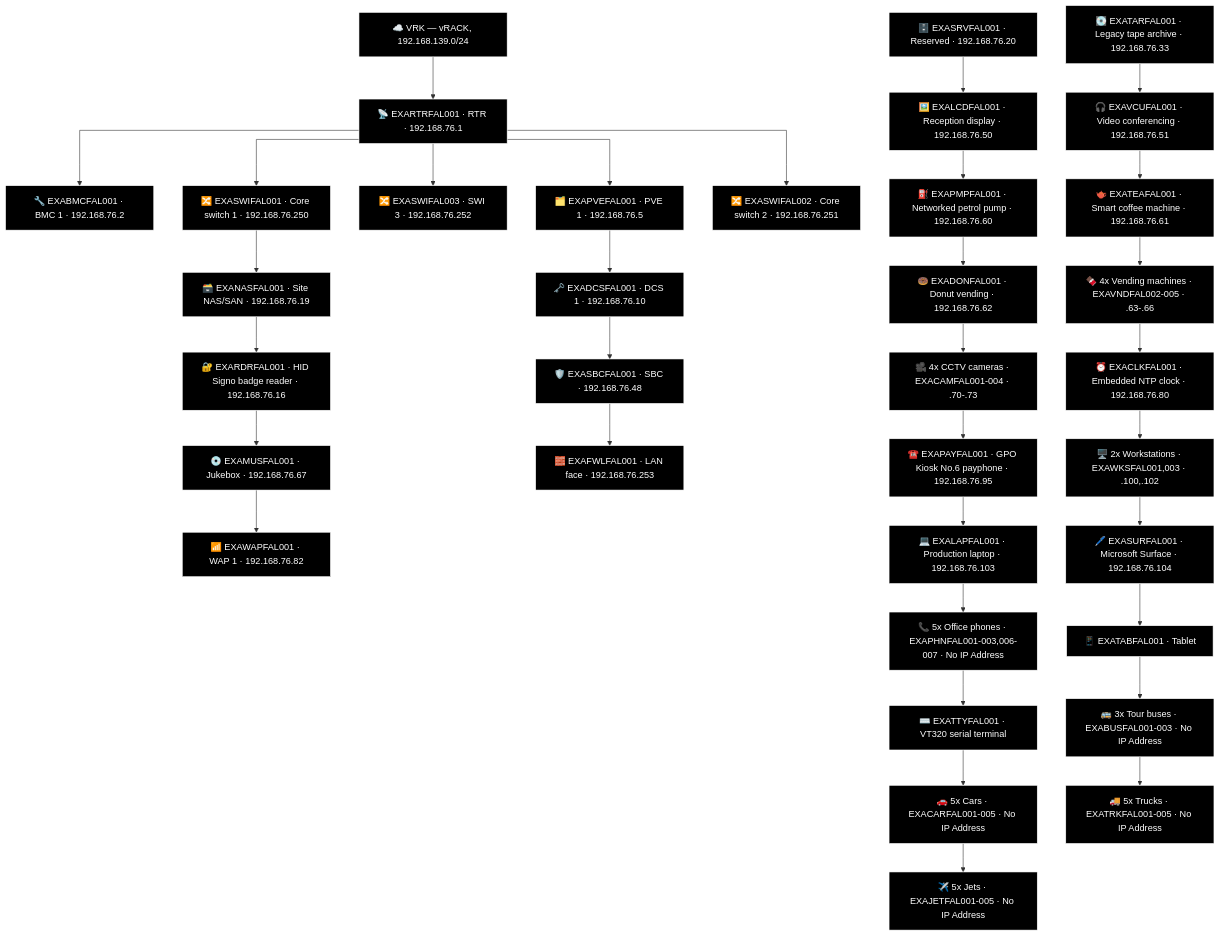
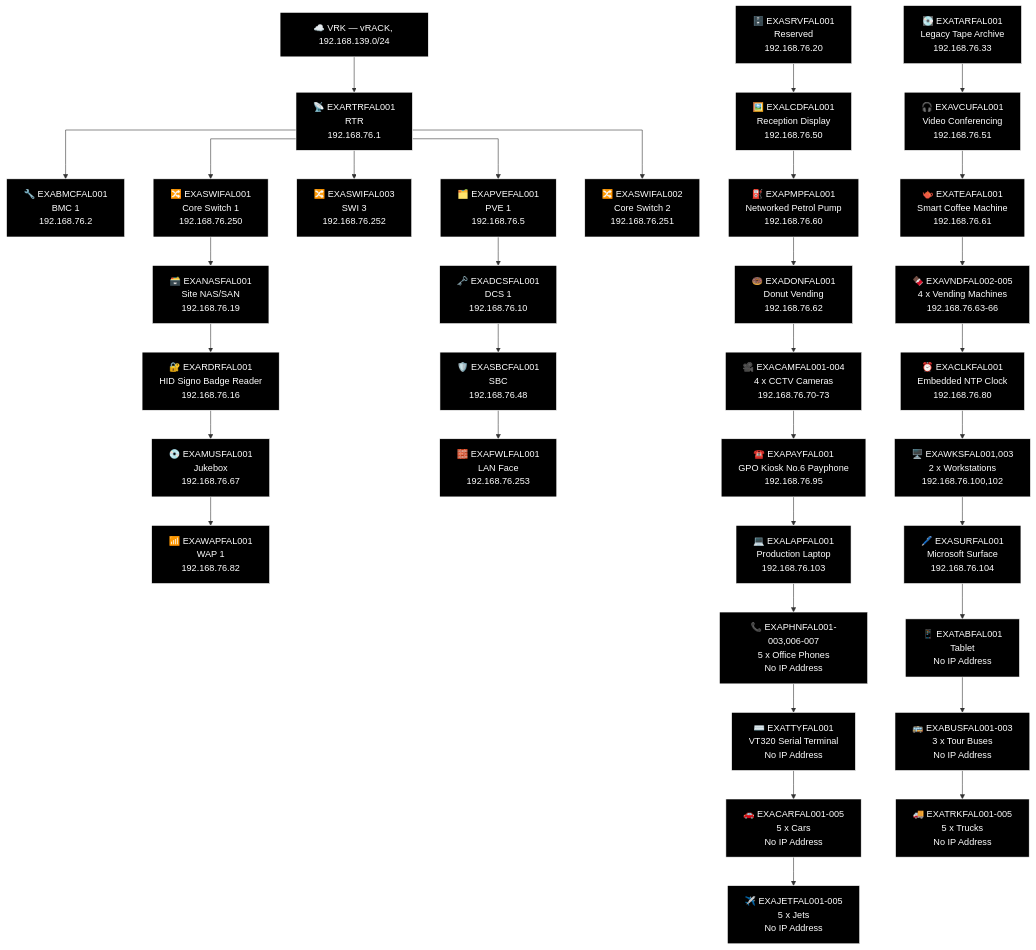
The second of 14 diagrams in docs/network-diagram/scotland.md (knightmare2600/example_music_infra), drawn with Mermaid before and after one commit. The commit also changed other lines of this file and 18 other files, not shown here.

```diff
--- a/docs/network-diagram/scotland.md
+++ b/docs/network-diagram/scotland.md
@@ -109,48 +109,48 @@
 %%{init: {'flowchart': {'curve': 'stepAfter'}}}%%
 graph TD
     T_VRK["☁️ VRK — vRACK, 192.168.139.0/24"]
-    T_RTR["📡 EXARTRFAL001 · RTR · 192.168.76.1"]
+    T_RTR["📡 EXARTRFAL001<br/>RTR<br/>192.168.76.1"]
     T_VRK --> T_RTR
-    T_BMC["🔧 EXABMCFAL001 · BMC 1 · 192.168.76.2"]
+    T_BMC["🔧 EXABMCFAL001<br/>BMC 1<br/>192.168.76.2"]
     T_RTR --> T_BMC
-    T_PVE["🗂️ EXAPVEFAL001 · PVE 1 · 192.168.76.5"]
+    T_PVE["🗂️ EXAPVEFAL001<br/>PVE 1<br/>192.168.76.5"]
     T_RTR --> T_PVE
-    T_SWI["🔀 EXASWIFAL003 · SWI 3 · 192.168.76.252"]
+    T_SWI["🔀 EXASWIFAL003<br/>SWI 3<br/>192.168.76.252"]
     T_RTR --> T_SWI
-    T_SWI2["🔀 EXASWIFAL001 · Core switch 1 · 192.168.76.250"]
+    T_SWI2["🔀 EXASWIFAL001<br/>Core Switch 1<br/>192.168.76.250"]
     T_RTR --> T_SWI2
-    T_SWI3["🔀 EXASWIFAL002 · Core switch 2 · 192.168.76.251"]
+    T_SWI3["🔀 EXASWIFAL002<br/>Core Switch 2<br/>192.168.76.251"]
     T_RTR --> T_SWI3
-    T_NAS["🗃️ EXANASFAL001 · Site NAS/SAN · 192.168.76.19"]
-    T_RDR["🔐 EXARDRFAL001 · HID Signo badge reader · 192.168.76.16"]
-    T_MUS["💿 EXAMUSFAL001 · Jukebox · 192.168.76.67"]
-    T_WAP["📶 EXAWAPFAL001 · WAP 1 · 192.168.76.82"]
+    T_NAS["🗃️ EXANASFAL001<br/>Site NAS/SAN<br/>192.168.76.19"]
+    T_RDR["🔐 EXARDRFAL001<br/>HID Signo Badge Reader<br/>192.168.76.16"]
+    T_MUS["💿 EXAMUSFAL001<br/>Jukebox<br/>192.168.76.67"]
+    T_WAP["📶 EXAWAPFAL001<br/>WAP 1<br/>192.168.76.82"]
     T_SWI2 --> T_NAS --> T_RDR --> T_MUS --> T_WAP
-    T_DCS["🗝️ EXADCSFAL001 · DCS 1 · 192.168.76.10"]
-    T_SBC["🛡️ EXASBCFAL001 · SBC · 192.168.76.48"]
-    T_FWL["🧱 EXAFWLFAL001 · LAN face · 192.168.76.253"]
+    T_DCS["🗝️ EXADCSFAL001<br/>DCS 1<br/>192.168.76.10"]
+    T_SBC["🛡️ EXASBCFAL001<br/>SBC<br/>192.168.76.48"]
+    T_FWL["🧱 EXAFWLFAL001<br/>LAN Face<br/>192.168.76.253"]
     T_PVE --> T_DCS --> T_SBC --> T_FWL
-    T_SRV["🗄️ EXASRVFAL001 · Reserved · 192.168.76.20"]
-    T_TAR["💽 EXATARFAL001 · Legacy tape archive · 192.168.76.33"]
-    T_LCD["🖼️ EXALCDFAL001 · Reception display · 192.168.76.50"]
-    T_VCU["🎧 EXAVCUFAL001 · Video conferencing · 192.168.76.51"]
-    T_PMP["⛽ EXAPMPFAL001 · Networked petrol pump · 192.168.76.60"]
-    T_TEA["🫖 EXATEAFAL001 · Smart coffee machine · 192.168.76.61"]
-    T_DON["🍩 EXADONFAL001 · Donut vending · 192.168.76.62"]
-    T_OTH_VND["🍫 4x Vending machines · EXAVNDFAL002-005 · .63-.66"]
-    T_OTH_CAM["🎥 4x CCTV cameras · EXACAMFAL001-004 · .70-.73"]
-    T_CLK["⏰ EXACLKFAL001 · Embedded NTP clock · 192.168.76.80"]
-    T_PAY["☎️ EXAPAYFAL001 · GPO Kiosk No.6 payphone · 192.168.76.95"]
-    T_OTH_WKS["🖥️ 2x Workstations · EXAWKSFAL001,003 · .100,.102"]
-    T_LAP["💻 EXALAPFAL001 · Production laptop · 192.168.76.103"]
-    T_SUR["🖊️ EXASURFAL001 · Microsoft Surface · 192.168.76.104"]
-    T_OTH_PHN["📞 5x Office phones · EXAPHNFAL001-003,006-007 · No IP Address"]
-    T_TAB["📱 EXATABFAL001 · Tablet"]
-    T_TTY["⌨️ EXATTYFAL001 · VT320 serial terminal"]
-    T_OTH_BUS["🚌 3x Tour buses · EXABUSFAL001-003 · No IP Address"]
-    T_OTH_CAR["🚗 5x Cars · EXACARFAL001-005 · No IP Address"]
-    T_OTH_TRK["🚚 5x Trucks · EXATRKFAL001-005 · No IP Address"]
-    T_OTH_JET["✈️ 5x Jets · EXAJETFAL001-005 · No IP Address"]
+    T_SRV["🗄️ EXASRVFAL001<br/>Reserved<br/>192.168.76.20"]
+    T_TAR["💽 EXATARFAL001<br/>Legacy Tape Archive<br/>192.168.76.33"]
+    T_LCD["🖼️ EXALCDFAL001<br/>Reception Display<br/>192.168.76.50"]
+    T_VCU["🎧 EXAVCUFAL001<br/>Video Conferencing<br/>192.168.76.51"]
+    T_PMP["⛽ EXAPMPFAL001<br/>Networked Petrol Pump<br/>192.168.76.60"]
+    T_TEA["🫖 EXATEAFAL001<br/>Smart Coffee Machine<br/>192.168.76.61"]
+    T_DON["🍩 EXADONFAL001<br/>Donut Vending<br/>192.168.76.62"]
+    T_OTH_VND["🍫 EXAVNDFAL002-005<br/>4 x Vending Machines<br/>192.168.76.63-66"]
+    T_OTH_CAM["🎥 EXACAMFAL001-004<br/>4 x CCTV Cameras<br/>192.168.76.70-73"]
+    T_CLK["⏰ EXACLKFAL001<br/>Embedded NTP Clock<br/>192.168.76.80"]
+    T_PAY["☎️ EXAPAYFAL001<br/>GPO Kiosk No.6 Payphone<br/>192.168.76.95"]
+    T_OTH_WKS["🖥️ EXAWKSFAL001,003<br/>2 x Workstations<br/>192.168.76.100,102"]
+    T_LAP["💻 EXALAPFAL001<br/>Production Laptop<br/>192.168.76.103"]
+    T_SUR["🖊️ EXASURFAL001<br/>Microsoft Surface<br/>192.168.76.104"]
+    T_OTH_PHN["📞 EXAPHNFAL001-003,006-007<br/>5 x Office Phones<br/>No IP Address"]
+    T_TAB["📱 EXATABFAL001<br/>Tablet<br/>No IP Address"]
+    T_TTY["⌨️ EXATTYFAL001<br/>VT320 Serial Terminal<br/>No IP Address"]
+    T_OTH_BUS["🚌 EXABUSFAL001-003<br/>3 x Tour Buses<br/>No IP Address"]
+    T_OTH_CAR["🚗 EXACARFAL001-005<br/>5 x Cars<br/>No IP Address"]
+    T_OTH_TRK["🚚 EXATRKFAL001-005<br/>5 x Trucks<br/>No IP Address"]
+    T_OTH_JET["✈️ EXAJETFAL001-005<br/>5 x Jets<br/>No IP Address"]
     T_SRV --> T_LCD --> T_PMP --> T_DON --> T_OTH_CAM --> T_PAY --> T_LAP --> T_OTH_PHN --> T_TTY --> T_OTH_CAR --> T_OTH_JET
     T_TAR --> T_VCU --> T_TEA --> T_OTH_VND --> T_CLK --> T_OTH_WKS --> T_SUR --> T_TAB --> T_OTH_BUS --> T_OTH_TRK
     style T_VRK fill:#000000,stroke:#FFFFFF,color:#FFFFFF
```
